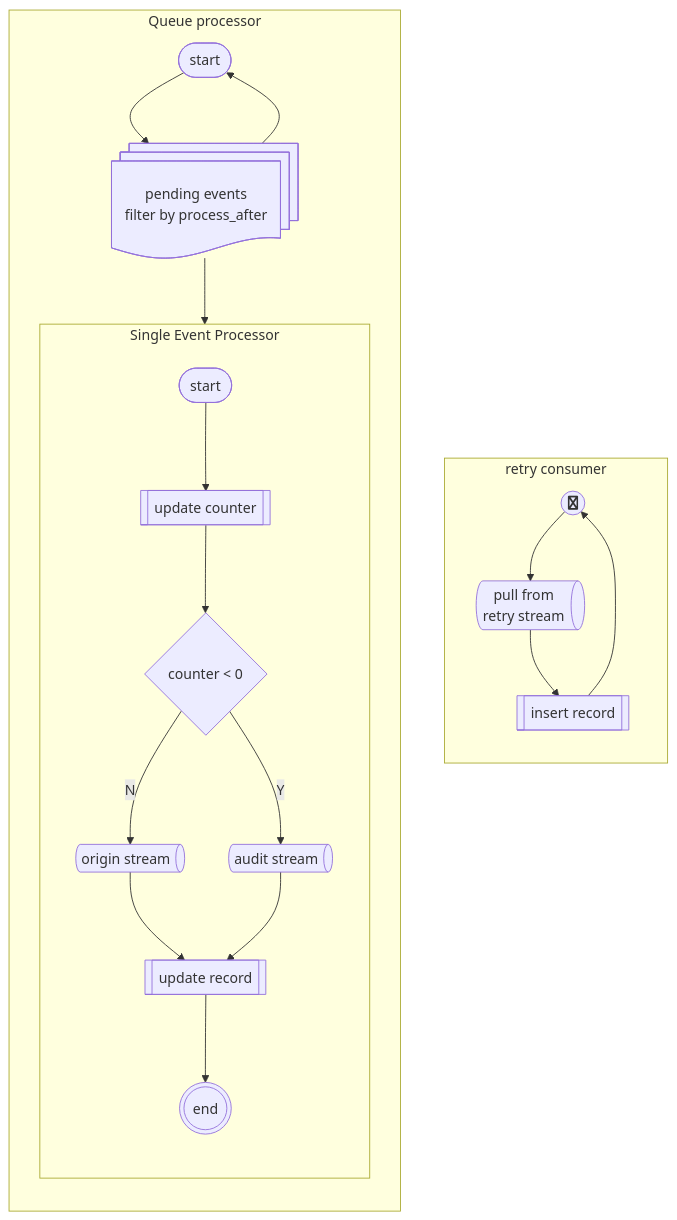
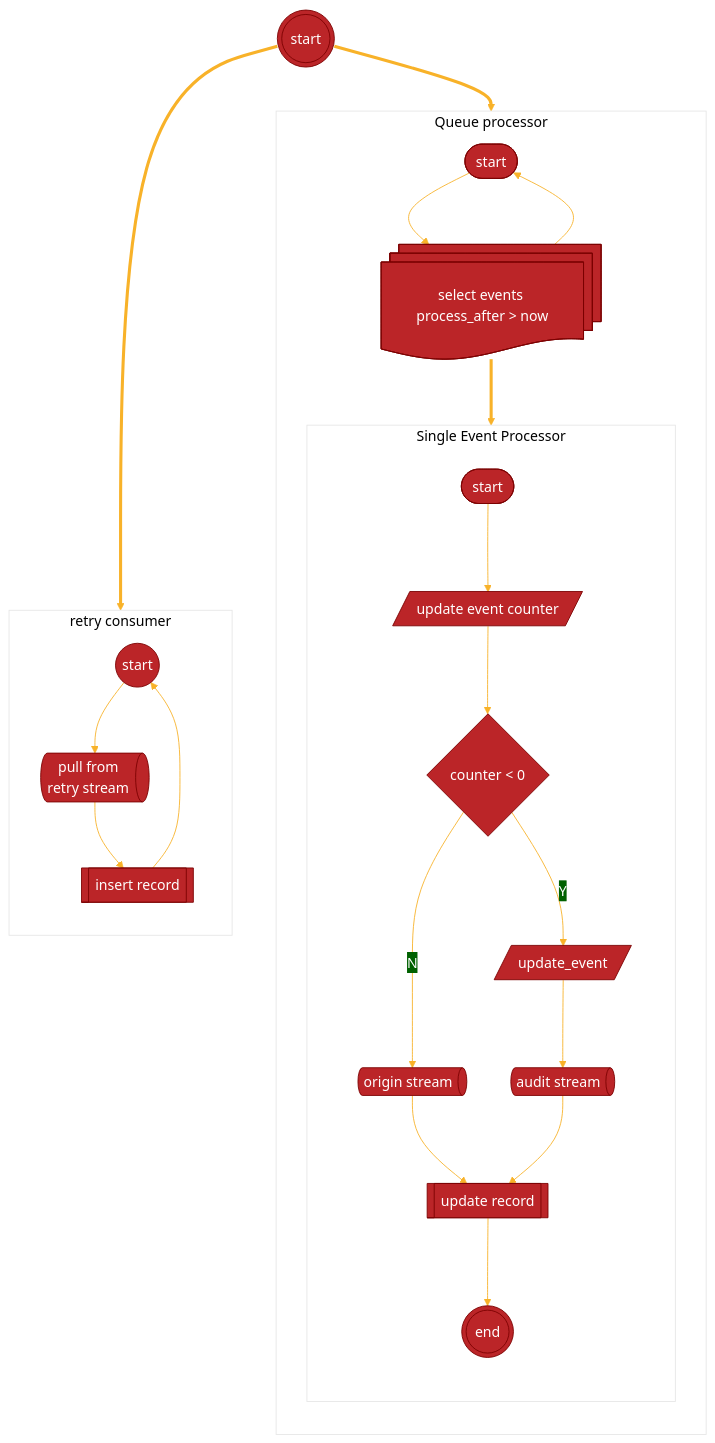
Before and after one commit to ggrrrr/btmt-ui: the first of 2 diagrams in be/svc-retry/DIAGRAM.md, drawn with Mermaid. The commit also changed other lines of this file and 1 other file, not shown here.

Commit message:
diagrams

````diff
--- a/be/svc-retry/DIAGRAM.md
+++ b/be/svc-retry/DIAGRAM.md
@@ -15,27 +15,46 @@
 ```mermaid
+
+%%{
+    init: {
+        'theme':'base',
+        'themeVariables': {
+            'primaryColor': '#BB2528',
+            'primaryTextColor': '#fff',
+            'primaryBorderColor': '#7C0000',
+            'lineColor': '#F8B229',
+            'secondaryColor': '#006100',
+            'tertiaryColor': '#fff'
+        }
+    }
+}%%
+
 flowchart TB
+    proc_loop(((start)))
+    proc_loop ==> retry_routine
+    proc_loop ==> queue_processor
+
     subgraph retry_routine [retry consumer]
         direction TB
-        retry_start((fa:fa-twitter)) --> sub_retry@{ shape: das, label: "pull from\nretry stream" }
+        retry_start((start)) --> sub_retry@{ shape: das, label: "pull from\nretry stream" }
         sub_retry --> insert_event[[insert record]]
         insert_event --> retry_start
     end
 
-    subgraph Queue processor
-        direction TB 
-        main_loop([start]) --> fetcher@{ shape: docs, label: "pending events\nfilter by process_after" }
-        fetcher --> event_pro
+    subgraph queue_processor [Queue processor]
+        direction TB
+        main_loop([start]) --> fetcher@{ shape: docs, label: "select events process_after > now" }
+        fetcher ==> event_pro
         fetcher --> main_loop
     end
     subgraph event_pro [Single Event Processor]
         direction TB
-        start_event_processor([start]) --> update_counter[[update counter]]
+        start_event_processor([start]) --> update_counter[/update event counter/]
         update_counter --> if_counter{counter < 0}
         if_counter --> |N| push_reply@{ shape: das, label: "origin stream" }
-        if_counter --> |Y| push_audit@{ shape: das, label: "audit stream" }
+        if_counter --> |Y| asd[/update_event/] --> push_audit@{ shape: das, label: "audit stream" }
         push_reply --> update_event
         push_audit --> update_event
         update_event[[update record]] --> end_event_processor(((end)))
     end
 
 ```
````
